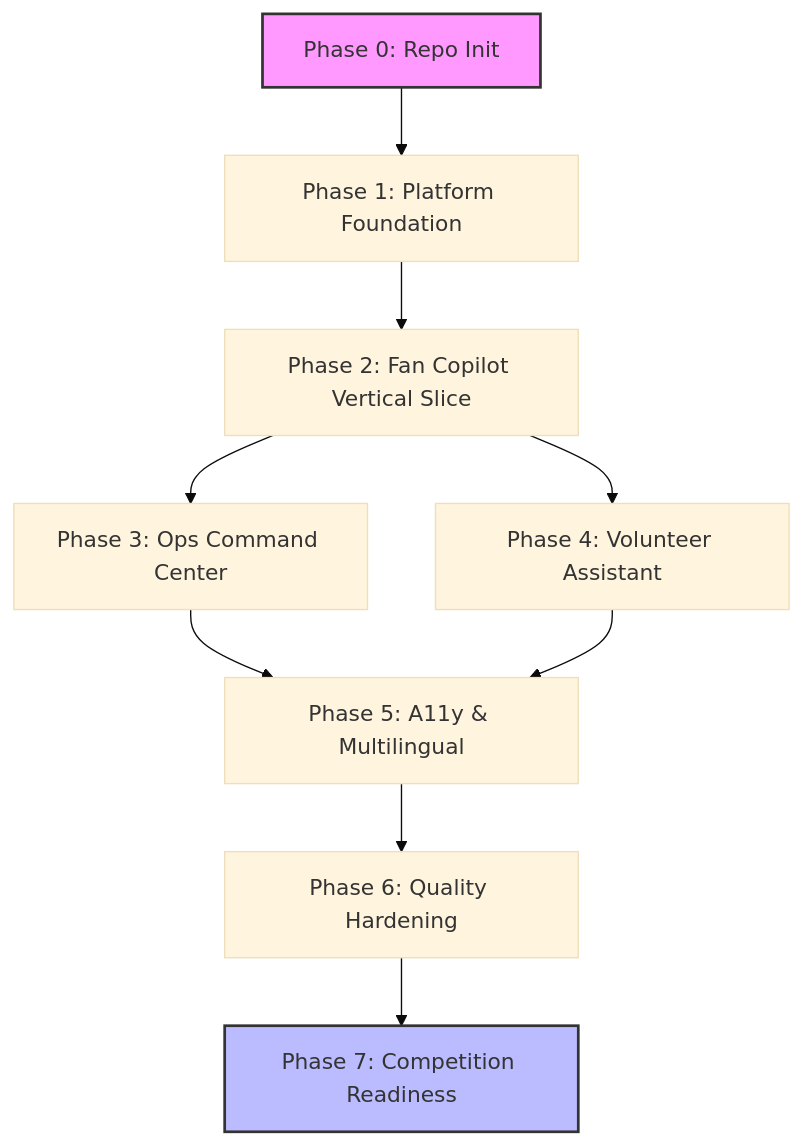
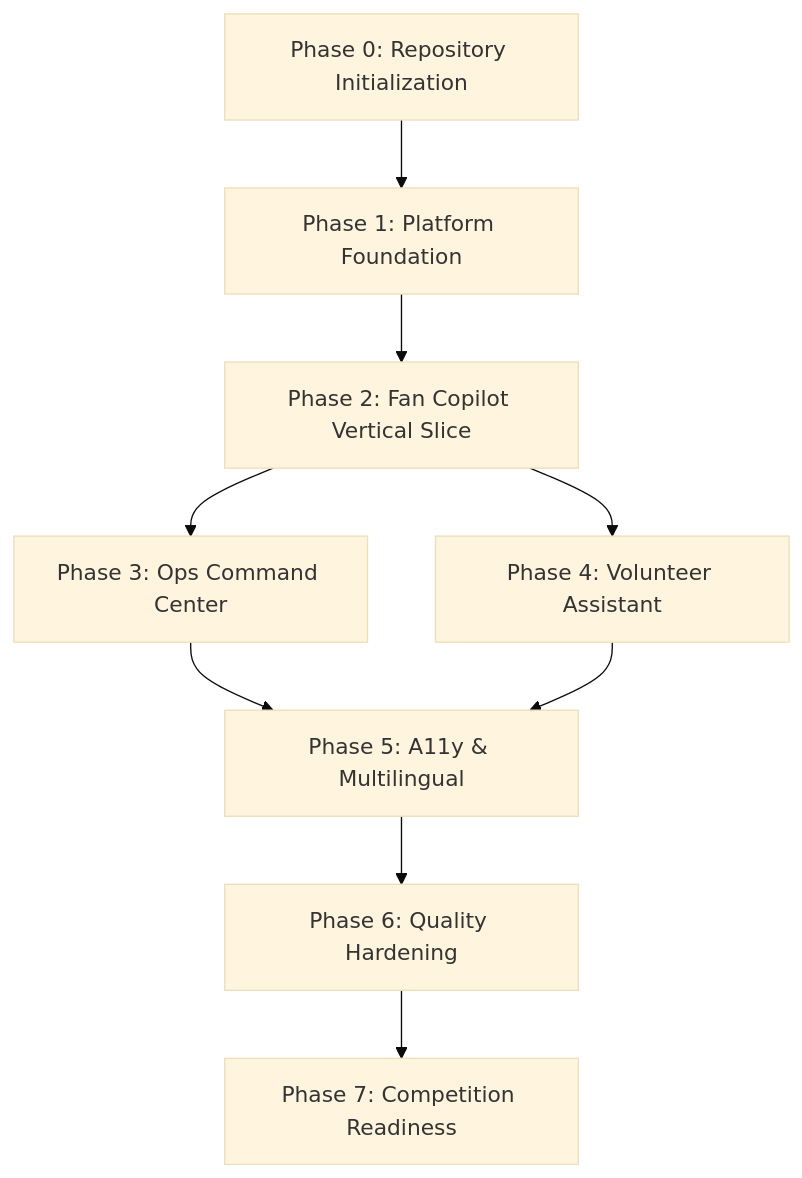
The diagram in docs/planning/IMPLEMENTATION_PLAN.md (KumarNayan11/fifa-coos), drawn with Mermaid (base theme) before and after one commit. The commit also changed other lines of this file and 1 other file, not shown here.

````diff
--- a/docs/planning/IMPLEMENTATION_PLAN.md
+++ b/docs/planning/IMPLEMENTATION_PLAN.md
@@ -210,14 +61,11 @@
 ```mermaid
 graph TD
-    A[Phase 0: Repo Init] --> B[Phase 1: Platform Foundation]
-    B --> C[Phase 2: Fan Copilot Vertical Slice]
-    C --> D[Phase 3: Ops Command Center]
-    C --> E[Phase 4: Volunteer Assistant]
-    D --> F[Phase 5: A11y & Multilingual]
-    E --> F
-    F --> G[Phase 6: Quality Hardening]
-    G --> H[Phase 7: Competition Readiness]
-    
-    style A fill:#f9f,stroke:#333,stroke-width:2px
-    style H fill:#bbf,stroke:#333,stroke-width:2px
+    Phase0[Phase 0: Repository Initialization] --> Phase1[Phase 1: Platform Foundation]
+    Phase1 --> Phase2[Phase 2: Fan Copilot Vertical Slice]
+    Phase2 --> Phase3[Phase 3: Ops Command Center]
+    Phase2 --> Phase4[Phase 4: Volunteer Assistant]
+    Phase3 --> Phase5[Phase 5: A11y & Multilingual]
+    Phase4 --> Phase5
+    Phase5 --> Phase6[Phase 6: Quality Hardening]
+    Phase6 --> Phase7[Phase 7: Competition Readiness]
 ```
````
